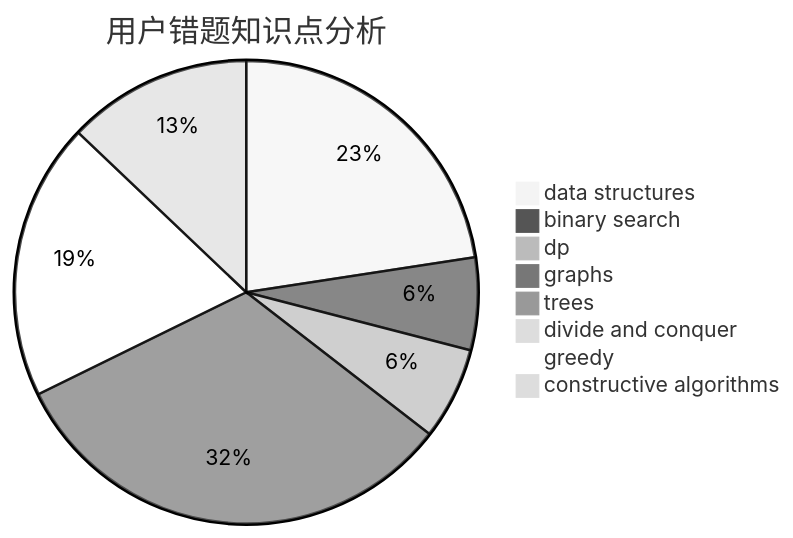
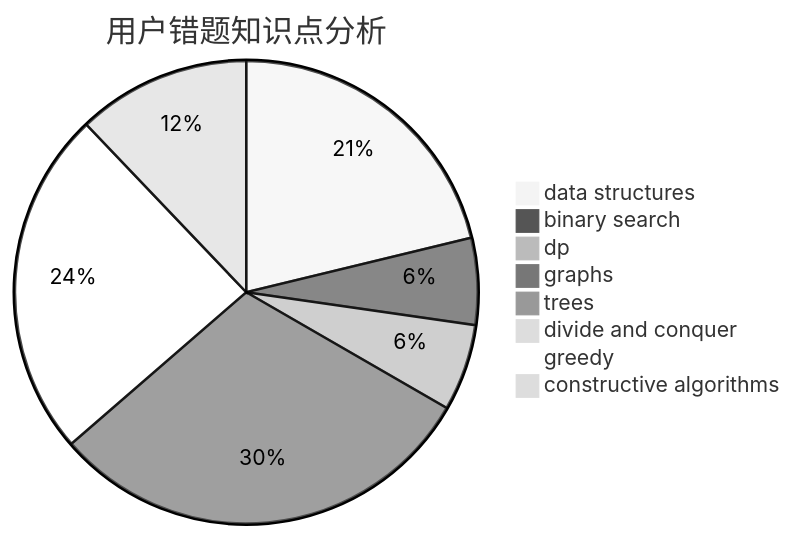
The third of 3 diagrams in docs/user/u2289.md (sherpahu/cfrs.github.io), drawn with Mermaid (neutral theme) before and after one commit. The commit also changed other lines of this file and 2770 other files, not shown here.

````diff
--- a/docs/user/u2289.md
+++ b/docs/user/u2289.md
@@ -36,11 +36,11 @@
 ```mermaid
 pie title 用户错题知识点分析
     "data structures" :  7
     "binary search" :  2
     "dp" :  2
     "graphs" :  10
     "trees" :  0
     "divide and conquer" :  0
-    "greedy" :  6
+    "greedy" :  8
     "constructive algorithms" :  4
 ```
````
